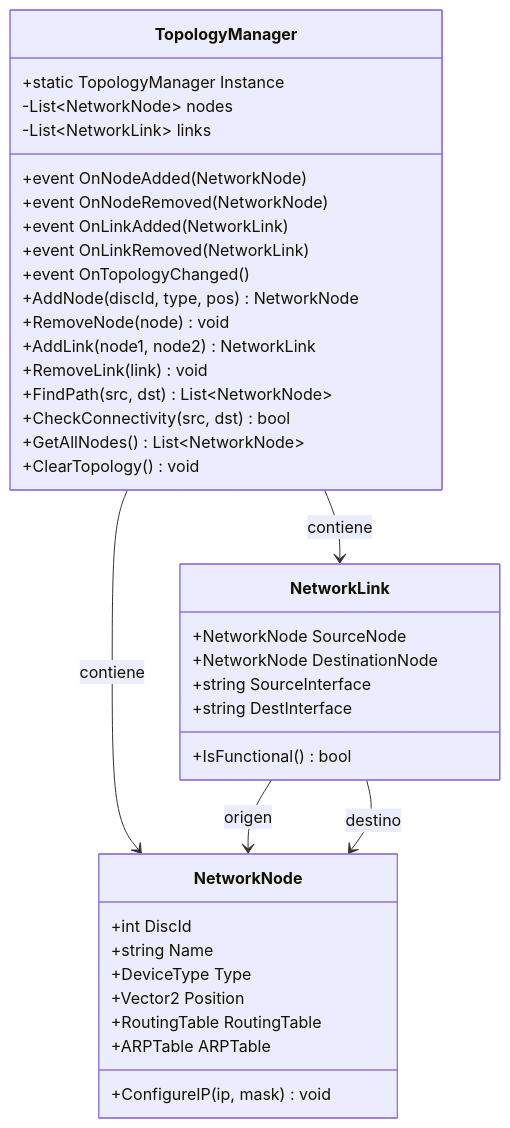
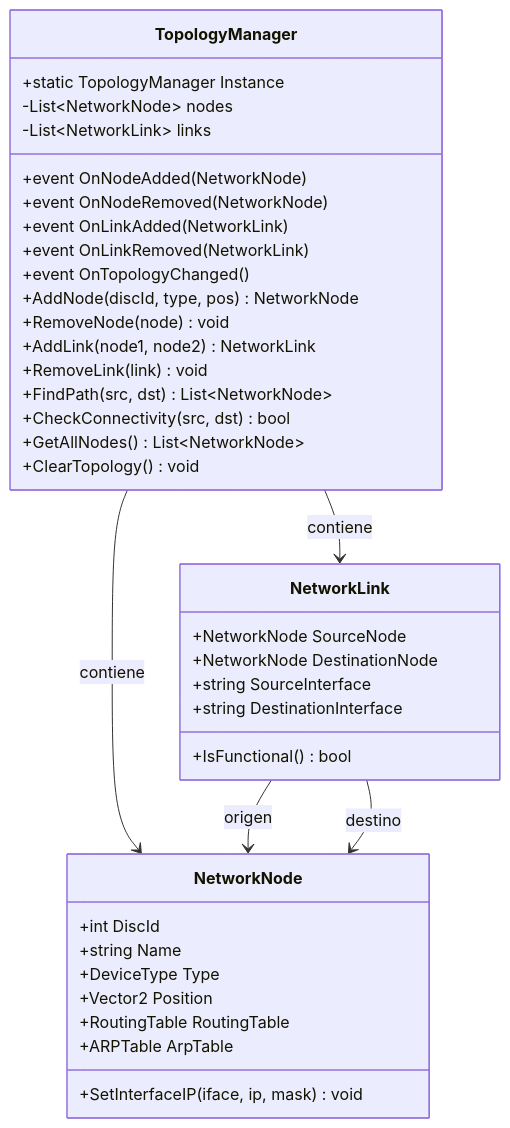
The first of 3 diagrams in docs/diagrams/mermaid/02-class-network.md (Josmarinr/ProyectoGI_SimuladorRedesIDEUM), drawn with Mermaid before and after one commit. The commit also changed other lines of this file and 28 other files, not shown here.

````diff
--- a/docs/diagrams/mermaid/02-class-network.md
+++ b/docs/diagrams/mermaid/02-class-network.md
@@ -10,44 +10,44 @@
 ```mermaid
 classDiagram
     class TopologyManager {
         +static TopologyManager Instance
         -List~NetworkNode~ nodes
         -List~NetworkLink~ links
         +event OnNodeAdded(NetworkNode)
         +event OnNodeRemoved(NetworkNode)
         +event OnLinkAdded(NetworkLink)
         +event OnLinkRemoved(NetworkLink)
         +event OnTopologyChanged()
         +AddNode(discId, type, pos) NetworkNode
         +RemoveNode(node) void
         +AddLink(node1, node2) NetworkLink
         +RemoveLink(link) void
         +FindPath(src, dst) List~NetworkNode~
         +CheckConnectivity(src, dst) bool
         +GetAllNodes() List~NetworkNode~
         +ClearTopology() void
     }
 
     class NetworkNode {
         +int DiscId
         +string Name
         +DeviceType Type
         +Vector2 Position
         +RoutingTable RoutingTable
-        +ARPTable ARPTable
-        +ConfigureIP(ip, mask) void
+        +ARPTable ArpTable
+        +SetInterfaceIP(iface, ip, mask) void
     }
 
     class NetworkLink {
         +NetworkNode SourceNode
         +NetworkNode DestinationNode
         +string SourceInterface
-        +string DestInterface
+        +string DestinationInterface
         +IsFunctional() bool
     }
 
     TopologyManager --> NetworkNode : contiene
     TopologyManager --> NetworkLink : contiene
     NetworkLink --> NetworkNode : origen
     NetworkLink --> NetworkNode : destino
 ```
````
